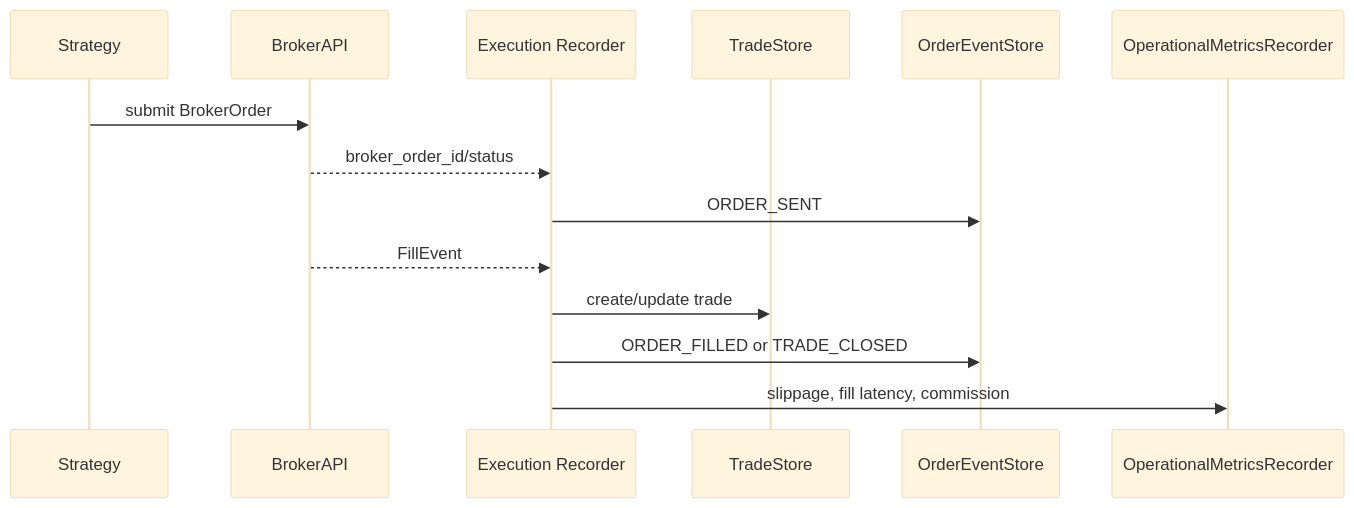
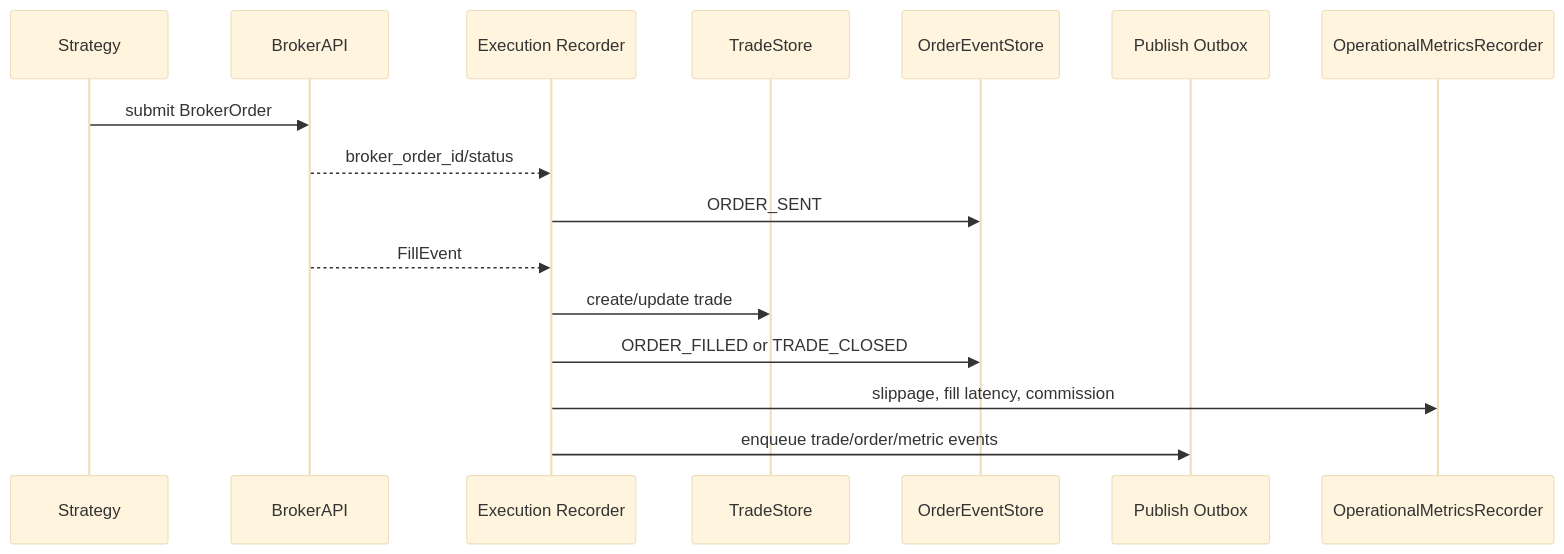
The third of 3 diagrams in docs/trading-bot-mvp/dashboards/TDS-live-dashboard.md (Wenting-Luo2993/strategy-lab), drawn with Mermaid (base theme) before and after one commit. The commit also changed other lines of this file, not shown here.

````diff
--- a/docs/trading-bot-mvp/dashboards/TDS-live-dashboard.md
+++ b/docs/trading-bot-mvp/dashboards/TDS-live-dashboard.md
@@ -293,17 +459,19 @@
 ```mermaid
 sequenceDiagram
     participant Strategy as Strategy
     participant Broker as BrokerAPI
     participant Recorder as Execution Recorder
     participant Trades as TradeStore
     participant Events as OrderEventStore
+    participant Outbox as Publish Outbox
     participant Metrics as OperationalMetricsRecorder
 
     Strategy->>Broker: submit BrokerOrder
     Broker-->>Recorder: broker_order_id/status
     Recorder->>Events: ORDER_SENT
     Broker-->>Recorder: FillEvent
     Recorder->>Trades: create/update trade
     Recorder->>Events: ORDER_FILLED or TRADE_CLOSED
     Recorder->>Metrics: slippage, fill latency, commission
+    Recorder->>Outbox: enqueue trade/order/metric events
 ```
````
